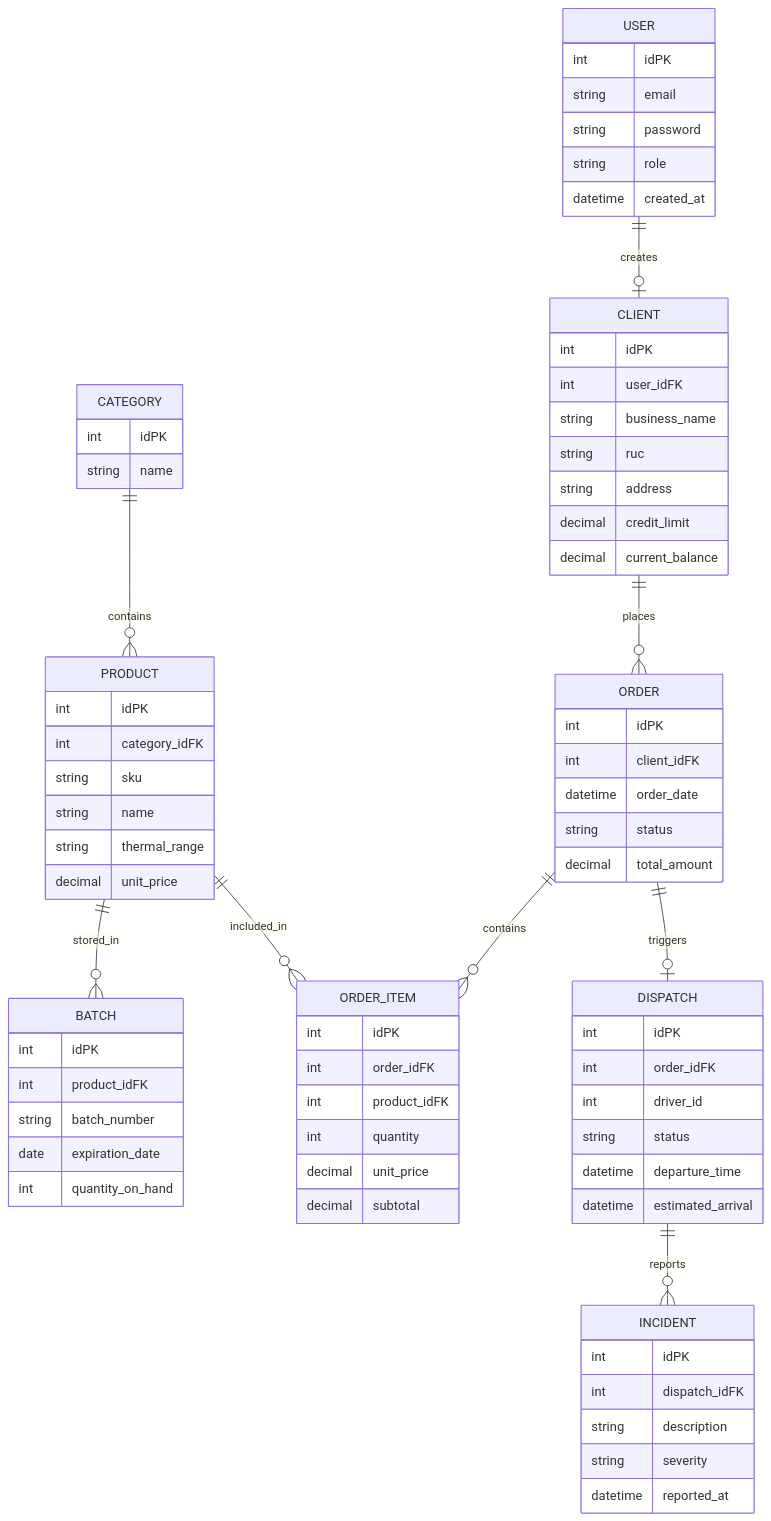
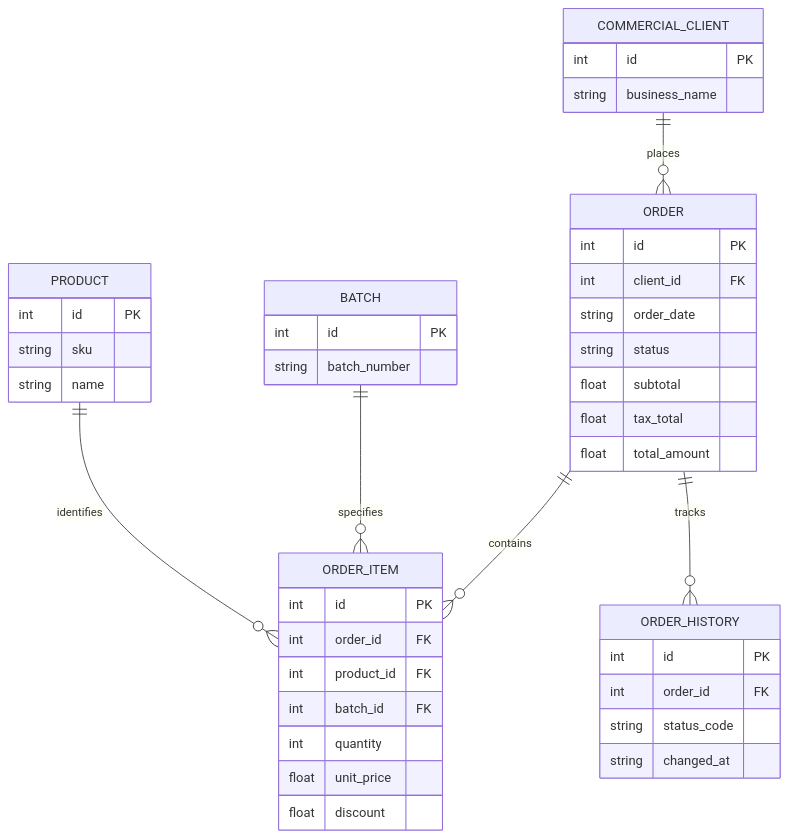
The sixth of 7 diagrams in report/40-chapter-4-product-design/4-8-database-design.md (upc-pre-202610-1asi0730-12242-king/nexa-ecosystem-report), drawn with Mermaid before and after one commit. The commit also changed other lines of this file and 34 other files, not shown here.

````diff
--- a/report/40-chapter-4-product-design/4-8-database-design.md
+++ b/report/40-chapter-4-product-design/4-8-database-design.md
@@ -15,84 +221,46 @@
 ```mermaid
 erDiagram
-    USER ||--o| CLIENT : "creates"
-    USER {
-        int idPK
-        string email
-        string password
-        string role
-        datetime created_at
+    COMMERCIAL_CLIENT {
+        int id PK
+        string business_name
+    }
+    PRODUCT {
+        int id PK
+        string sku
+        string name
+    }
+    BATCH {
+        int id PK
+        string batch_number
+    }
+    ORDER {
+        int id PK
+        int client_id FK
+        string order_date
+        string status
+        float subtotal
+        float tax_total
+        float total_amount
+    }
+    ORDER_ITEM {
+        int id PK
+        int order_id FK
+        int product_id FK
+        int batch_id FK
+        int quantity
+        float unit_price
+        float discount
+    }
+    ORDER_HISTORY {
+        int id PK
+        int order_id FK
+        string status_code
+        string changed_at
     }
 
-    CLIENT ||--o{ ORDER : "places"
-    CLIENT {
-        int idPK
-        int user_idFK
-        string business_name
-        string ruc
-        string address
-        decimal credit_limit
-        decimal current_balance
-    }
-
-    CATEGORY ||--o{ PRODUCT : "contains"
-    CATEGORY {
-        int idPK
-        string name
-    }
-
-    PRODUCT ||--o{ BATCH : "stored_in"
-    PRODUCT ||--o{ ORDER_ITEM : "included_in"
-    PRODUCT {
-        int idPK
-        int category_idFK
-        string sku
-        string name
-        string thermal_range
-        decimal unit_price
-    }
-
-    BATCH {
-        int idPK
-        int product_idFK
-        string batch_number
-        date expiration_date
-        int quantity_on_hand
-    }
-
-    ORDER ||--o{ ORDER_ITEM : "contains"
-    ORDER ||--o| DISPATCH : "triggers"
-    ORDER {
-        int idPK
-        int client_idFK
-        datetime order_date
-        string status
-        decimal total_amount
-    }
-
-    ORDER_ITEM {
-        int idPK
-        int order_idFK
-        int product_idFK
-        int quantity
-        decimal unit_price
-        decimal subtotal
-    }
-
-    DISPATCH ||--o{ INCIDENT : "reports"
-    DISPATCH {
-        int idPK
-        int order_idFK
-        int driver_id
-        string status
-        datetime departure_time
-        datetime estimated_arrival
-    }
-
-    INCIDENT {
-        int idPK
-        int dispatch_idFK
-        string description
-        string severity
-        datetime reported_at
-    }
+    COMMERCIAL_CLIENT ||--o{ ORDER : places
+    ORDER ||--o{ ORDER_ITEM : contains
+    ORDER ||--o{ ORDER_HISTORY : tracks
+    PRODUCT ||--o{ ORDER_ITEM : identifies
+    BATCH ||--o{ ORDER_ITEM : specifies
 ```
````
